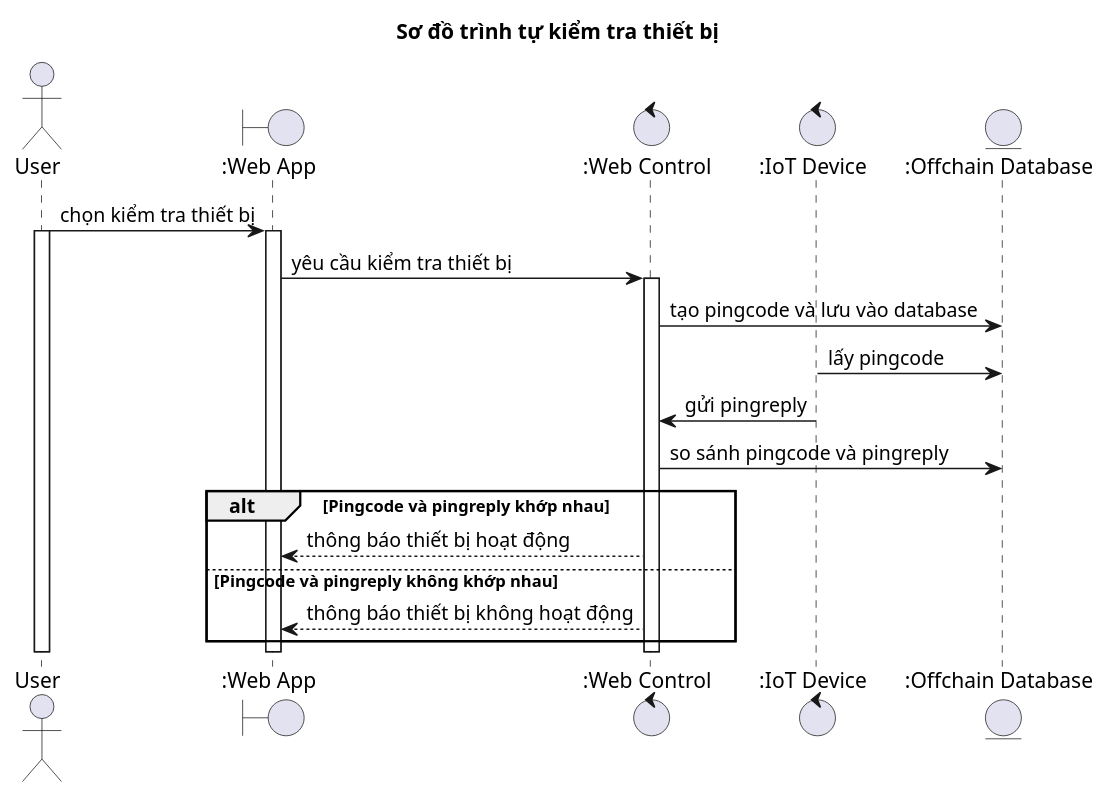
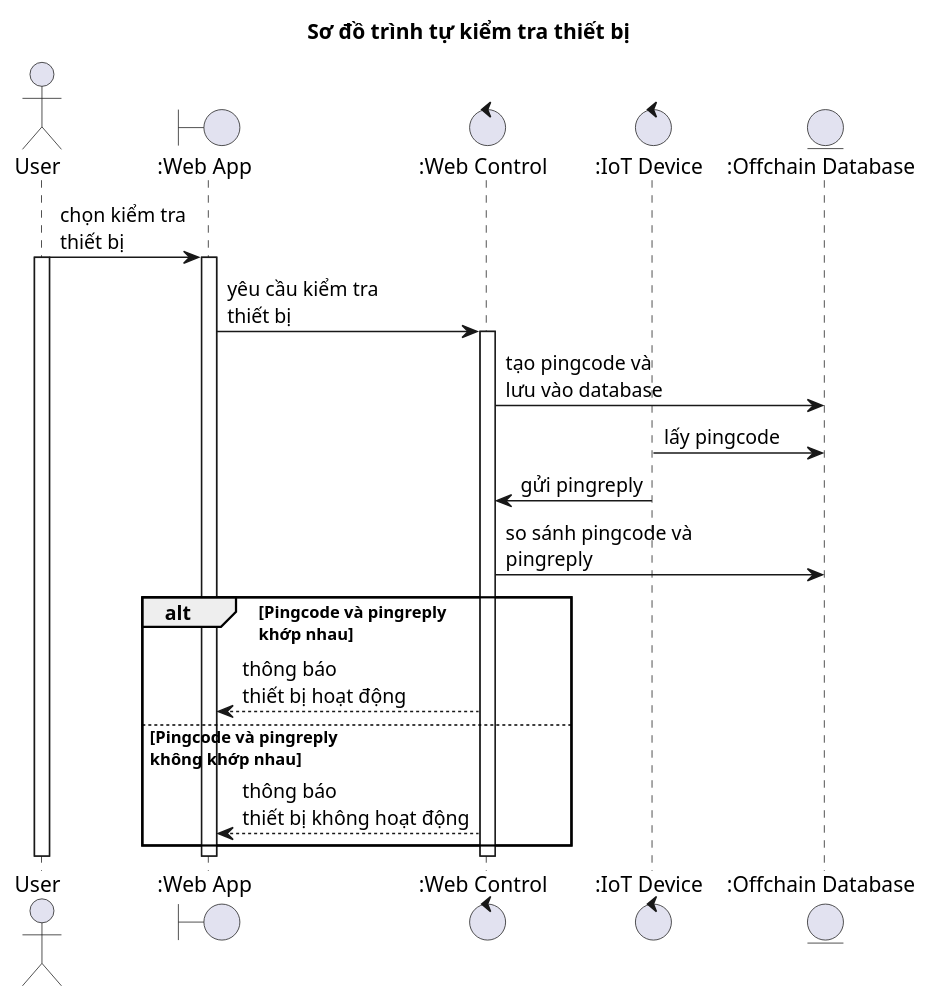
One commit to nho-moi-so/quan-ly-tim-kiem-phong-tro changed the diagram in diagrams/sequences/admin/kiemtrathietbi.puml. Above: the diagram before and after it, drawn with PlantUML. The commit also changed 3 other files, not shown here.

```diff
--- a/diagrams/sequences/admin/kiemtrathietbi.puml
+++ b/diagrams/sequences/admin/kiemtrathietbi.puml
@@ -1,33 +1,32 @@
 @startuml kiemtrathietbi-sequence-diagram
 title "Sơ đồ trình tự kiểm tra thiết bị"
 ' bam kiem tra thiet bi
 '    control them pingcode vao database
 '    iot get pingcode và gửi pingrely về database
 '    control so sanh pingcode va pingrely trong 5 giây
 '   neu pingcode va pingrely khop nhau -> thiet bi hoat dong
 actor User as User
 boundary ":Web App" as WebApp
 control ":Web Control" as Control
 control ":IoT Device" as IoTDevice
 entity ":Offchain Database" as OffchainDatabase
 
-User -> WebApp: chọn kiểm tra thiết bị
+User -> WebApp: chọn kiểm tra \nthiết bị
 activate User
 activate WebApp
-WebApp -> Control: yêu cầu kiểm tra thiết bị
+WebApp -> Control: yêu cầu kiểm tra \nthiết bị
 activate Control
-Control -> OffchainDatabase: tạo pingcode và lưu vào database
-
+Control -> OffchainDatabase: tạo pingcode và \nlưu vào database
 IoTDevice -> OffchainDatabase: lấy pingcode
 IoTDevice -> Control: gửi pingreply
-Control -> OffchainDatabase: so sánh pingcode và pingreply
-alt Pingcode và pingreply khớp nhau
-    Control --> WebApp: thông báo thiết bị hoạt động
-else Pingcode và pingreply không khớp nhau
-    Control --> WebApp: thông báo thiết bị không hoạt động
+Control -> OffchainDatabase: so sánh pingcode và \npingreply
+alt Pingcode và pingreply \nkhớp nhau
+    Control --> WebApp: thông báo \nthiết bị hoạt động
+else Pingcode và pingreply \nkhông khớp nhau
+    Control --> WebApp: thông báo \nthiết bị không hoạt động
 end
 deactivate Control
 deactivate WebApp
 deactivate User
 
 @enduml
```
